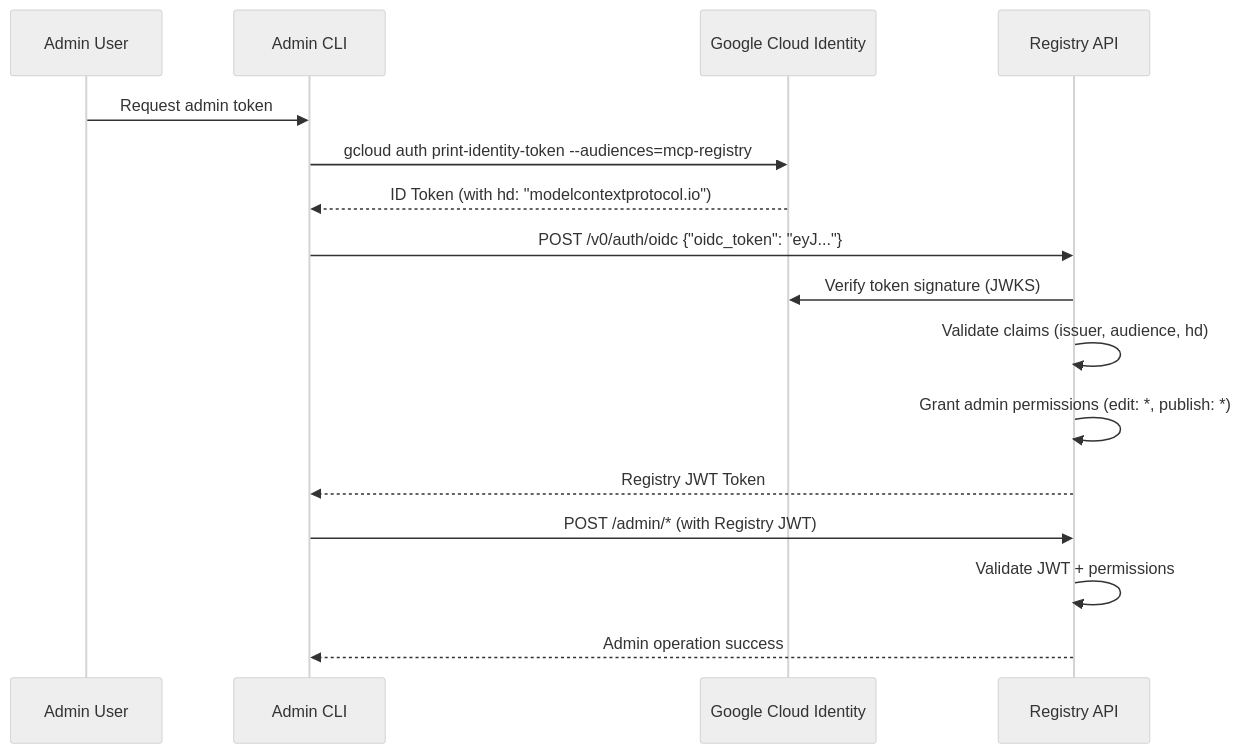
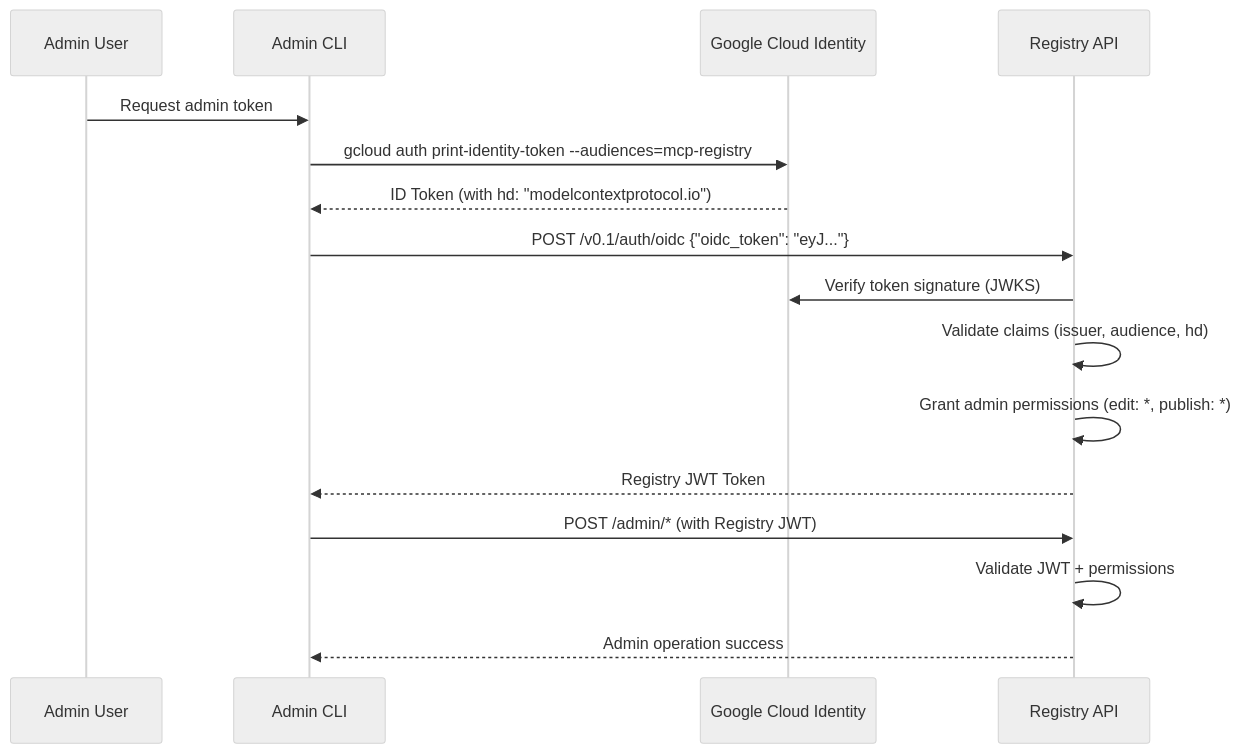
One commit to earyantLe/registry changed the fifth of 5 diagrams in docs/design/tech-architecture.md. Above: the diagram before and after it, drawn with Mermaid (neutral theme). The commit also changed other lines of this file and 4 other files, not shown here.

````diff
--- a/docs/design/tech-architecture.md
+++ b/docs/design/tech-architecture.md
@@ -170,19 +170,19 @@
 ```mermaid
 sequenceDiagram
     participant Admin as Admin User
     participant CLI as Admin CLI
     participant GCP as Google Cloud Identity
     participant API as Registry API
     
     Admin->>CLI: Request admin token
     CLI->>GCP: gcloud auth print-identity-token --audiences=mcp-registry
     GCP-->>CLI: ID Token (with hd: "modelcontextprotocol.io")
-    CLI->>API: POST /v0/auth/oidc {"oidc_token": "eyJ..."}
+    CLI->>API: POST /v0.1/auth/oidc {"oidc_token": "eyJ..."}
     API->>GCP: Verify token signature (JWKS)
     API->>API: Validate claims (issuer, audience, hd)
     API->>API: Grant admin permissions (edit: *, publish: *)
     API-->>CLI: Registry JWT Token
     CLI->>API: POST /admin/* (with Registry JWT)
     API->>API: Validate JWT + permissions
     API-->>CLI: Admin operation success
 ```
````
